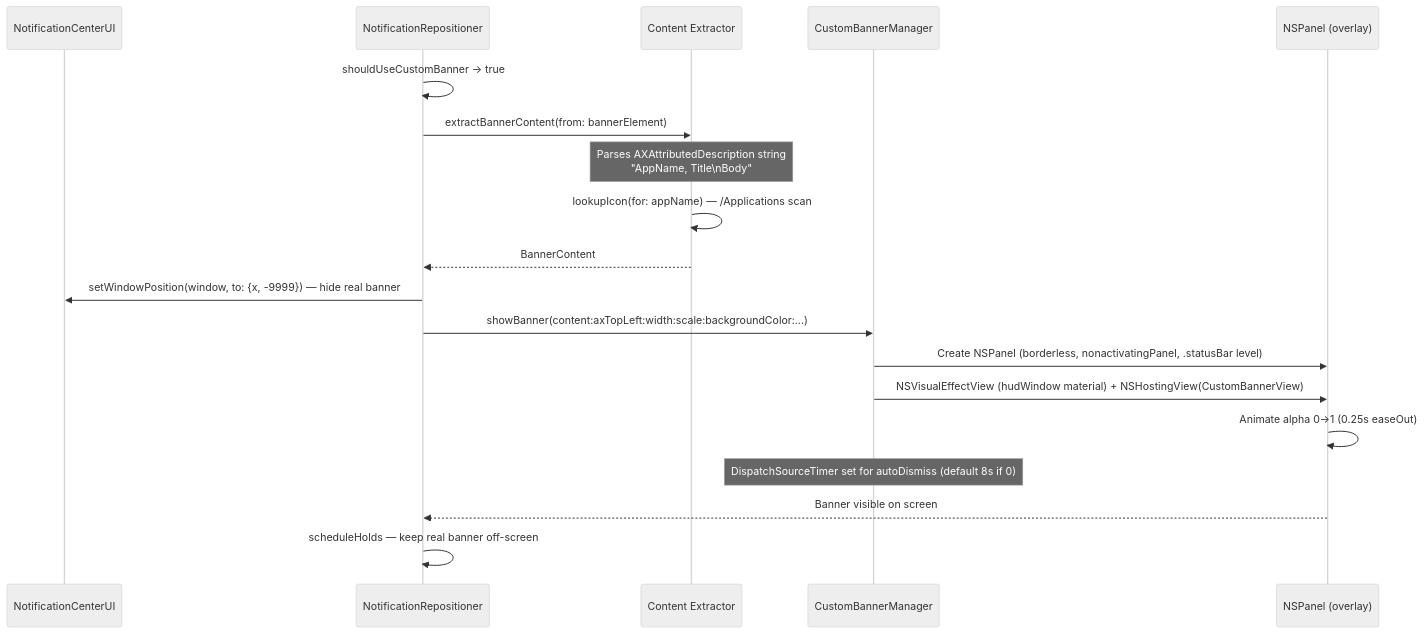
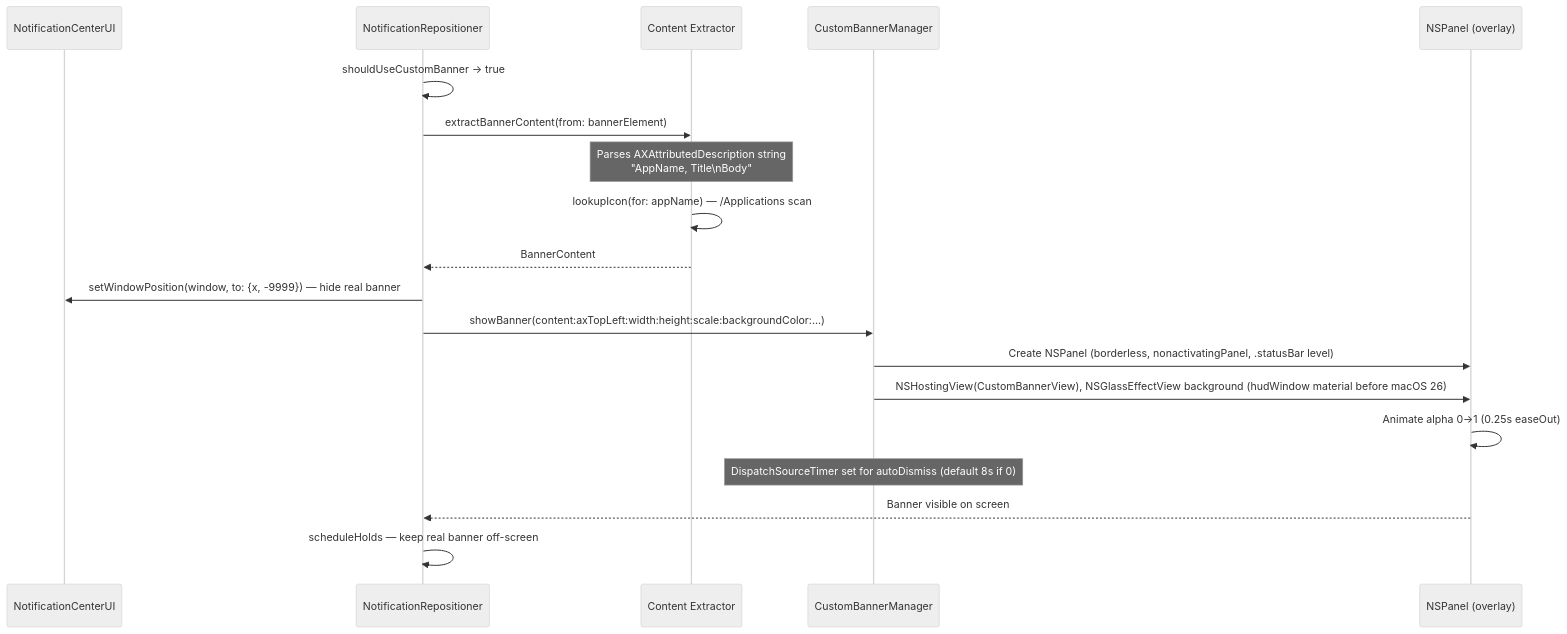
One commit to chessper53/NotificationNanny changed the fifth of 8 diagrams in docs/ARCHITECTURE.md. Above: the diagram before and after it, drawn with Mermaid (neutral theme). The commit also changed other lines of this file and 2 other files, not shown here.

````diff
--- a/docs/ARCHITECTURE.md
+++ b/docs/ARCHITECTURE.md
@@ -557,22 +558,22 @@
 ```mermaid
 sequenceDiagram
     participant NC as NotificationCenterUI
     participant Repo as NotificationRepositioner
     participant Extractor as Content Extractor
     participant Mgr as CustomBannerManager
     participant Panel as NSPanel (overlay)
 
     Repo->>Repo: shouldUseCustomBanner → true
     Repo->>Extractor: extractBannerContent(from: bannerElement)
     Note over Extractor: Parses AXAttributedDescription string<br/>"AppName, Title\nBody"
     Extractor->>Extractor: lookupIcon(for: appName) — /Applications scan
     Extractor-->>Repo: BannerContent
     Repo->>NC: setWindowPosition(window, to: {x, -9999}) — hide real banner
-    Repo->>Mgr: showBanner(content:axTopLeft:width:scale:backgroundColor:...)
+    Repo->>Mgr: showBanner(content:axTopLeft:width:height:scale:backgroundColor:...)
     Mgr->>Panel: Create NSPanel (borderless, nonactivatingPanel, .statusBar level)
-    Mgr->>Panel: NSVisualEffectView (hudWindow material) + NSHostingView(CustomBannerView)
+    Mgr->>Panel: NSHostingView(CustomBannerView), NSGlassEffectView background (hudWindow material before macOS 26)
     Panel->>Panel: Animate alpha 0→1 (0.25s easeOut)
     Note over Mgr: DispatchSourceTimer set for autoDismiss (default 8s if 0)
     Panel-->>Repo: Banner visible on screen
     Repo->>Repo: scheduleHolds — keep real banner off-screen
 ```
````
